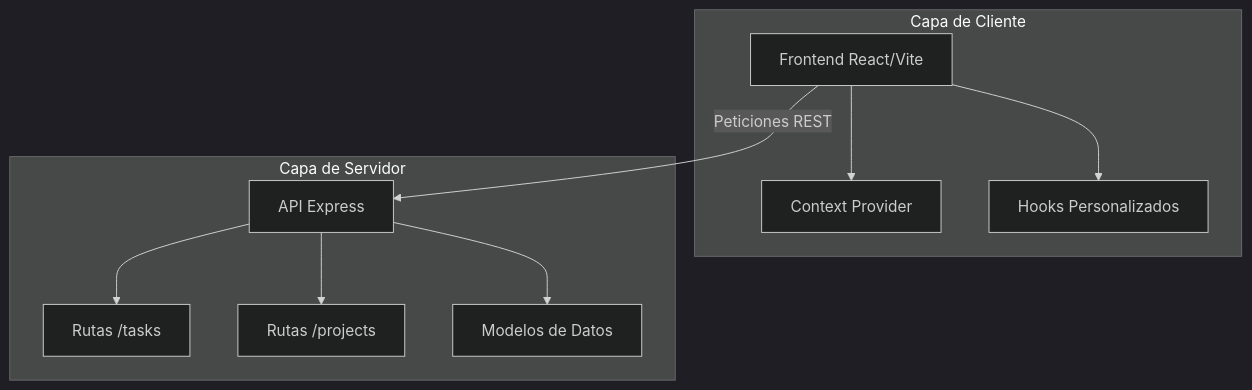
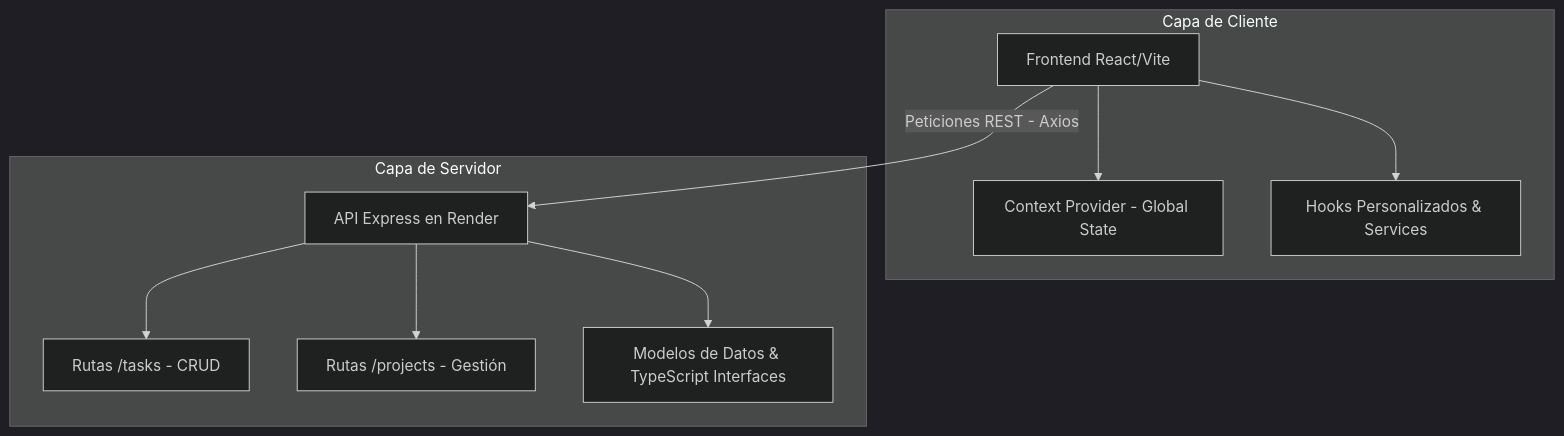
The diagram in README.md (juliaht15/taskflow-project), drawn with Mermaid (dark theme) before and after one commit. The commit also changed other lines of this file, not shown here.

````diff
--- a/README.md
+++ b/README.md
@@ -69,13 +71,13 @@
 ```mermaid
 graph TD
-    A[Frontend React/Vite] -->|Peticiones REST| B[API Express]
+    A[Frontend React/Vite] -->|Peticiones REST - Axios| B[API Express en Render]
     subgraph "Capa de Cliente"
-        A --> C[Context Provider]
-        A --> D[Hooks Personalizados]
+        A --> C[Context Provider - Global State]
+        A --> D[Hooks Personalizados & Services]
     end
     subgraph "Capa de Servidor"
-        B --> E[Rutas /tasks]
-        B --> F[Rutas /projects]
-        B --> G[Modelos de Datos]
+        B --> E[Rutas /tasks - CRUD]
+        B --> F[Rutas /projects - Gestión]
+        B --> G[Modelos de Datos & TypeScript Interfaces]
     end
 ```
````
